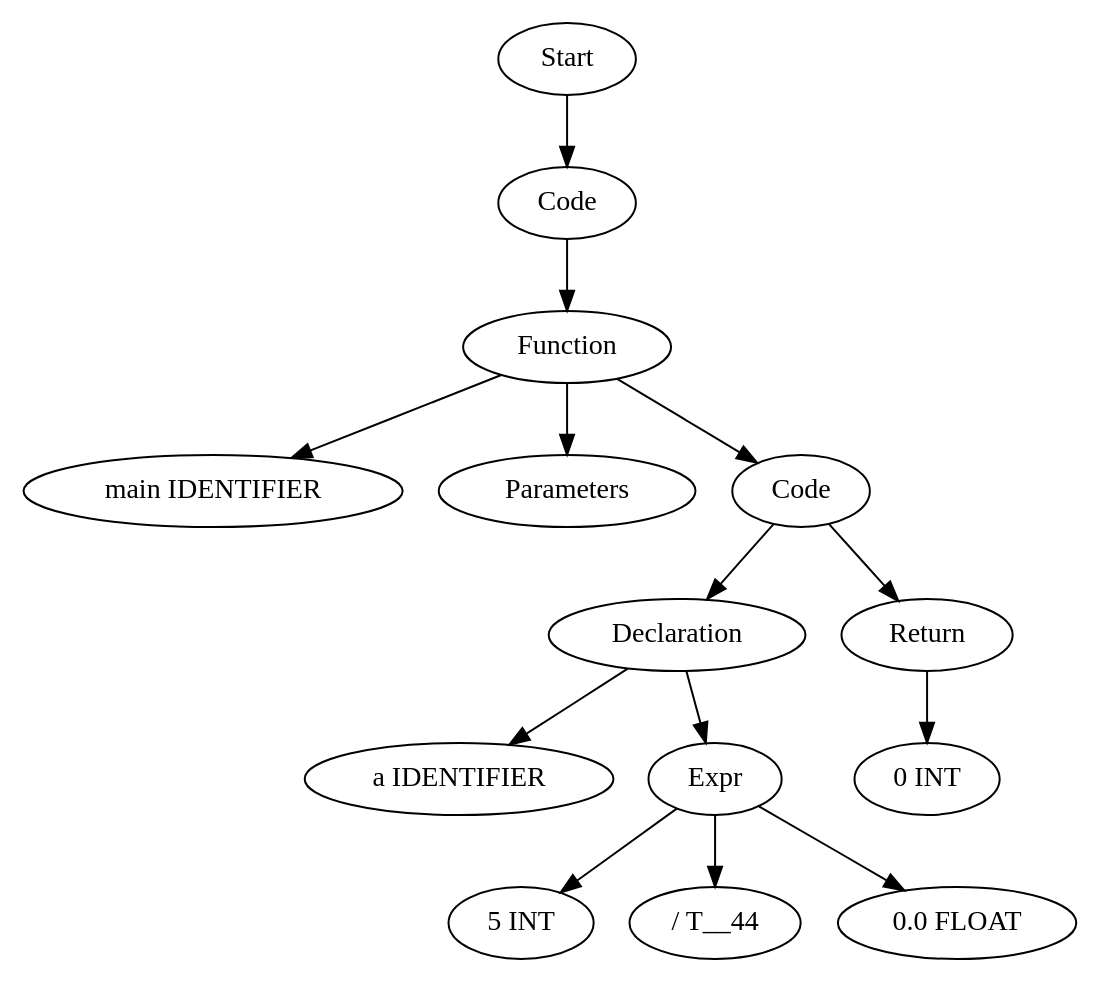
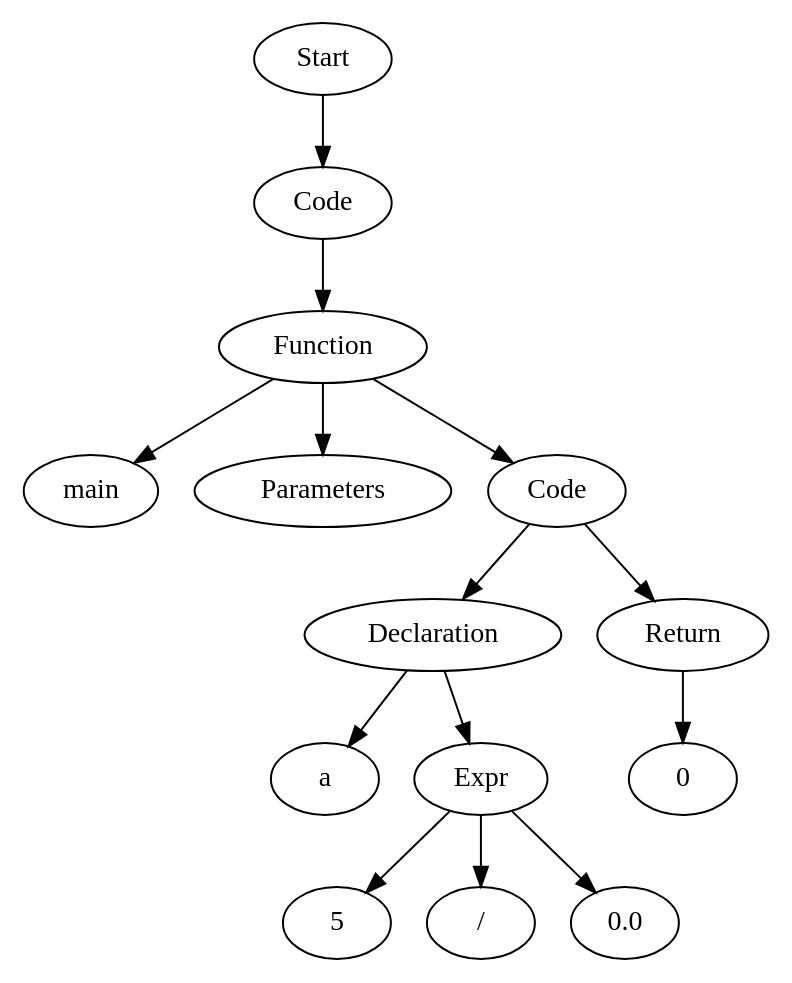
The diagram in TestCases/ASTTests/ConstantFoldingTests/createTests/read_file_before.dot (Are-you-listening/Compilers), drawn with Graphviz before and after one commit. The commit also changed 94 other files, not shown here.

```diff
--- a/TestCases/ASTTests/ConstantFoldingTests/createTests/read_file_before.dot
+++ b/TestCases/ASTTests/ConstantFoldingTests/createTests/read_file_before.dot
@@ -1,29 +1,29 @@
 digraph AST {
-  "126512136171152" [label="Start"];
-  "126512136171152" -> "126512136164384";
-  "126512136164384" [label="Code"];
-  "126512136164384" -> "126512136169376";
-  "126512136169376" [label="Function"];
-  "126512136169376" -> "126512136174800";
-  "126512136169376" -> "126512136164192";
-  "126512136169376" -> "126512136164288";
-  "126512136174800" [label="main IDENTIFIER"];
-  "126512136164192" [label="Parameters"];
-  "126512136164288" [label="Code"];
-  "126512136164288" -> "126512136242080";
-  "126512136164288" -> "126512136242320";
-  "126512136242080" [label="Declaration"];
-  "126512136242080" -> "126512136246544";
-  "126512136242080" -> "126512136245968";
-  "126512136246544" [label="a IDENTIFIER"];
-  "126512136245968" [label="Expr"];
-  "126512136245968" -> "126512136244768";
-  "126512136245968" -> "126512136244672";
-  "126512136245968" -> "126512136245488";
-  "126512136244768" [label="5 INT"];
-  "126512136244672" [label="/ T__44"];
-  "126512136245488" [label="0.0 FLOAT"];
-  "126512136242320" [label="Return"];
-  "126512136242320" -> "126512136246112";
-  "126512136246112" [label="0 INT"];
+  "132436265554208" [label="Start"];
+  "132436265554208" -> "132436265558384";
+  "132436265558384" [label="Code"];
+  "132436265558384" -> "132436265557952";
+  "132436265557952" [label="Function"];
+  "132436265557952" -> "132436265551520";
+  "132436265557952" -> "132436265557760";
+  "132436265557952" -> "132436265558144";
+  "132436265551520" [label="main"];
+  "132436265557760" [label="Parameters"];
+  "132436265558144" [label="Code"];
+  "132436265558144" -> "132436265604416";
+  "132436265558144" -> "132436265603984";
+  "132436265604416" [label="Declaration"];
+  "132436265604416" -> "132436265606624";
+  "132436265604416" -> "132436265604080";
+  "132436265606624" [label="a"];
+  "132436265604080" [label="Expr"];
+  "132436265604080" -> "132436265604848";
+  "132436265604080" -> "132436265604992";
+  "132436265604080" -> "132436265605328";
+  "132436265604848" [label="5"];
+  "132436265604992" [label="/"];
+  "132436265605328" [label="0.0"];
+  "132436265603984" [label="Return"];
+  "132436265603984" -> "132436265606480";
+  "132436265606480" [label="0"];
 }
```
